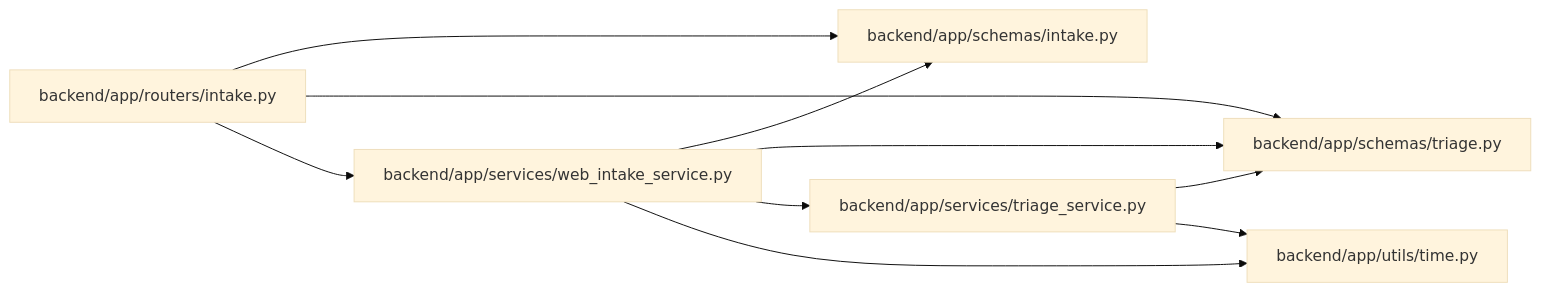
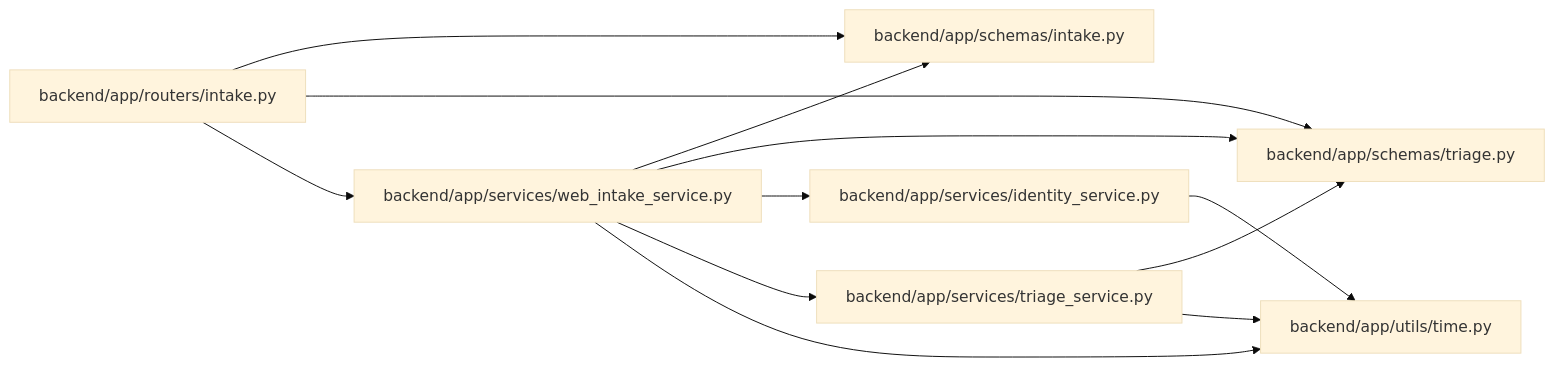
One commit to Denissvgn/WorkChord changed the diagram in docs/llm_wiki/modules/web_intake_service.md. Above: the diagram before and after it, drawn with Mermaid (base theme). The commit also changed other lines of this file and 25171 other files, not shown here.

````diff
--- a/docs/llm_wiki/modules/web_intake_service.md
+++ b/docs/llm_wiki/modules/web_intake_service.md
@@ -28,24 +29,28 @@
 ```mermaid
 flowchart LR
     n0["backend/app/routers/intake.py"]
     n1["backend/app/schemas/intake.py"]
     n2["backend/app/schemas/triage.py"]
-    n3["backend/app/services/triage_service.py"]
-    n4["backend/app/services/web_intake_service.py"]
-    n5["backend/app/utils/time.py"]
+    n3["backend/app/services/identity_service.py"]
+    n4["backend/app/services/triage_service.py"]
+    n5["backend/app/services/web_intake_service.py"]
+    n6["backend/app/utils/time.py"]
     n0 --> n1
     n0 --> n2
-    n0 --> n4
-    n3 --> n2
-    n3 --> n5
-    n4 --> n1
+    n0 --> n5
+    n3 --> n6
     n4 --> n2
-    n4 --> n3
-    n4 --> n5
+    n4 --> n6
+    n5 --> n1
+    n5 --> n2
+    n5 --> n3
+    n5 --> n4
+    n5 --> n6
     click n0 "../modules/routers_intake.md"
     click n1 "../modules/schemas_intake.md"
     click n2 "../modules/schemas_triage.md"
-    click n3 "../modules/triage_service.md"
-    click n4 "../modules/web_intake_service.md"
-    click n5 "../modules/time.md"
+    click n3 "../modules/identity_service.md"
+    click n4 "../modules/triage_service.md"
+    click n5 "../modules/web_intake_service.md"
+    click n6 "../modules/time.md"
 ```
````
